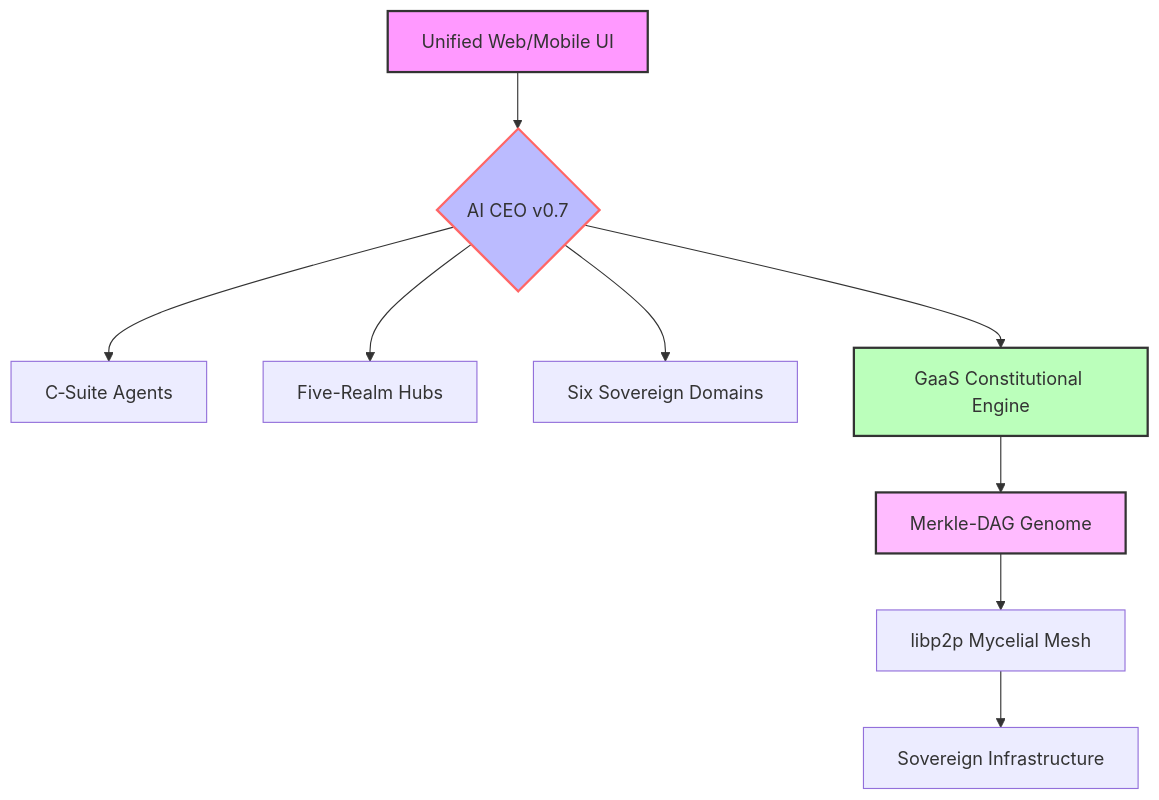
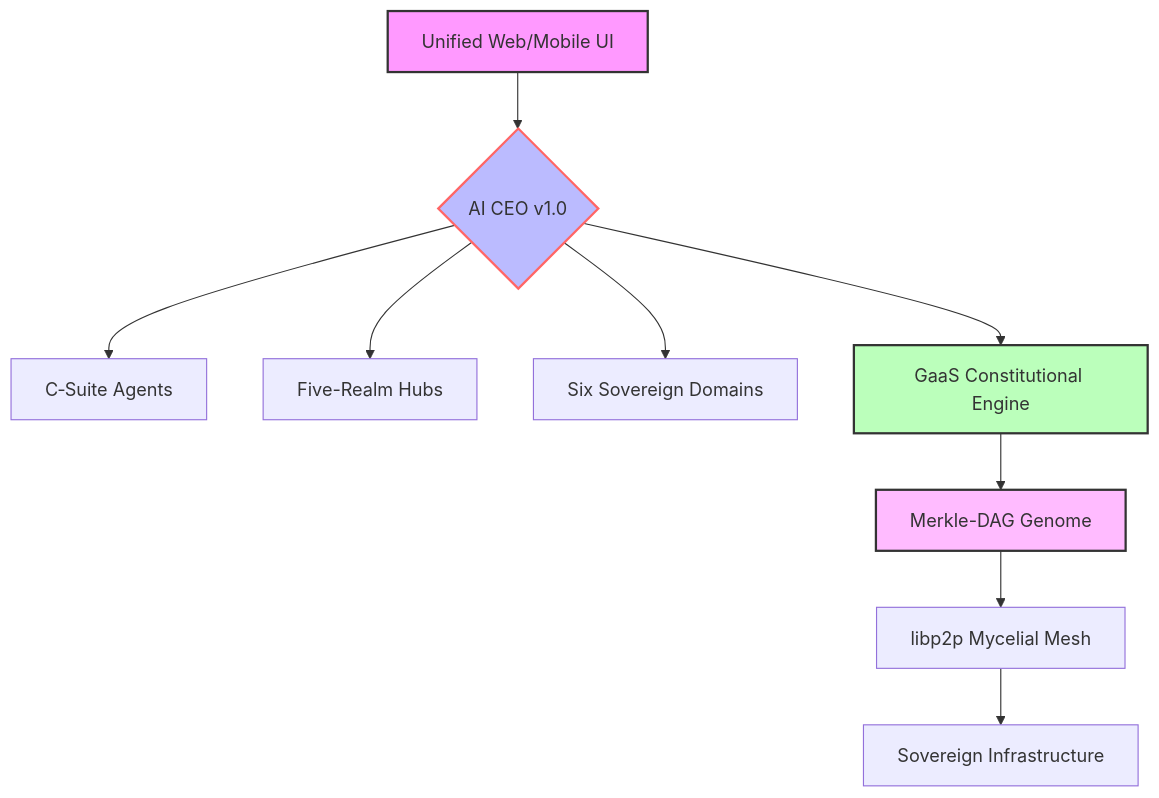
One commit to Rehan719/Workstation changed the diagram in README.md. Above: the diagram before and after it, drawn with Mermaid. The commit also changed other lines of this file and 8 other files, not shown here.

First line of the commit message:
feat: comprehensive v1.0 to v6.0 development plan and architectural evolution

````diff
--- a/README.md
+++ b/README.md
@@ -34,15 +34,15 @@
 ```mermaid
 graph TD
-    A[Unified Web/Mobile UI] --> B{AI CEO v0.7}
+    A[Unified Web/Mobile UI] --> B{AI CEO v1.0}
     B --> C[C‑Suite Agents]
     B --> D[Five-Realm Hubs]
     B --> E[Six Sovereign Domains]
     B --> F[GaaS Constitutional Engine]
     F --> G[Merkle-DAG Genome]
     G --> H[libp2p Mycelial Mesh]
     H --> I[Sovereign Infrastructure]
     style A fill:#f9f,stroke:#333,stroke-width:2px
     style B fill:#bbf,stroke:#f66,stroke-width:2px
     style F fill:#bfb,stroke:#333,stroke-width:2px
     style G fill:#fbf,stroke:#333,stroke-width:2px
 ```
````
